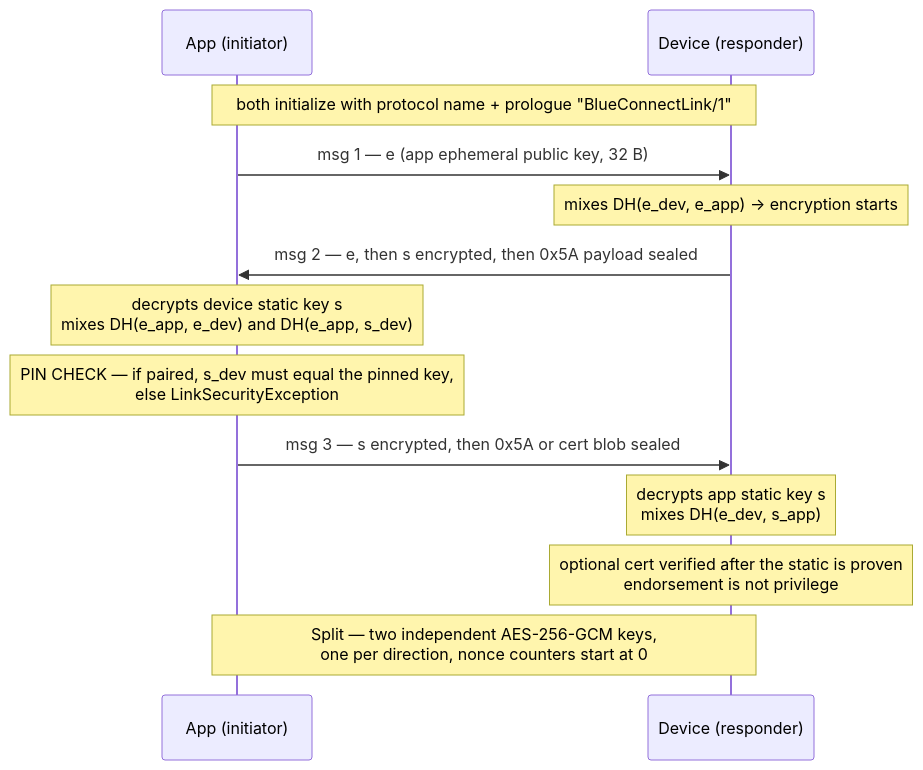
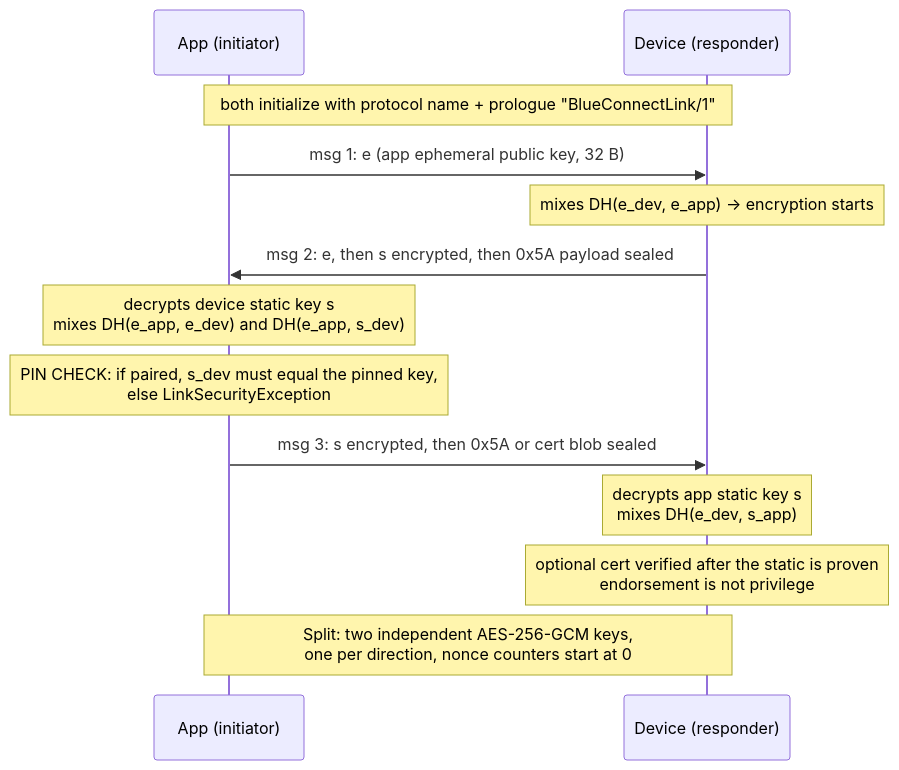
The third of 4 diagrams in documents/noise-security.md (stonygrey/BlueConnect), drawn with Mermaid before and after one commit. The commit also changed other lines of this file and 621 other files, not shown here.

````diff
--- a/documents/noise-security.md
+++ b/documents/noise-security.md
@@ -178,20 +176,20 @@
 ```mermaid
 sequenceDiagram
     participant A as App (initiator)
     participant D as Device (responder)
 
     Note over A,D: both initialize with protocol name + prologue "BlueConnectLink/1"
 
-    A->>D: msg 1 — e (app ephemeral public key, 32 B)
+    A->>D: msg 1: e (app ephemeral public key, 32 B)
 
     Note over D: mixes DH(e_dev, e_app) → encryption starts
-    D->>A: msg 2 — e, then s encrypted, then 0x5A payload sealed
+    D->>A: msg 2: e, then s encrypted, then 0x5A payload sealed
     Note over A: decrypts device static key s<br/>mixes DH(e_app, e_dev) and DH(e_app, s_dev)
-    Note over A: PIN CHECK — if paired, s_dev must equal the pinned key,<br/>else LinkSecurityException
+    Note over A: PIN CHECK: if paired, s_dev must equal the pinned key,<br/>else LinkSecurityException
 
-    A->>D: msg 3 — s encrypted, then 0x5A or cert blob sealed
+    A->>D: msg 3: s encrypted, then 0x5A or cert blob sealed
     Note over D: decrypts app static key s<br/>mixes DH(e_dev, s_app)
     Note over D: optional cert verified after the static is proven<br/>endorsement is not privilege
 
-    Note over A,D: Split — two independent AES-256-GCM keys,<br/>one per direction, nonce counters start at 0
+    Note over A,D: Split: two independent AES-256-GCM keys,<br/>one per direction, nonce counters start at 0
 ```
````
